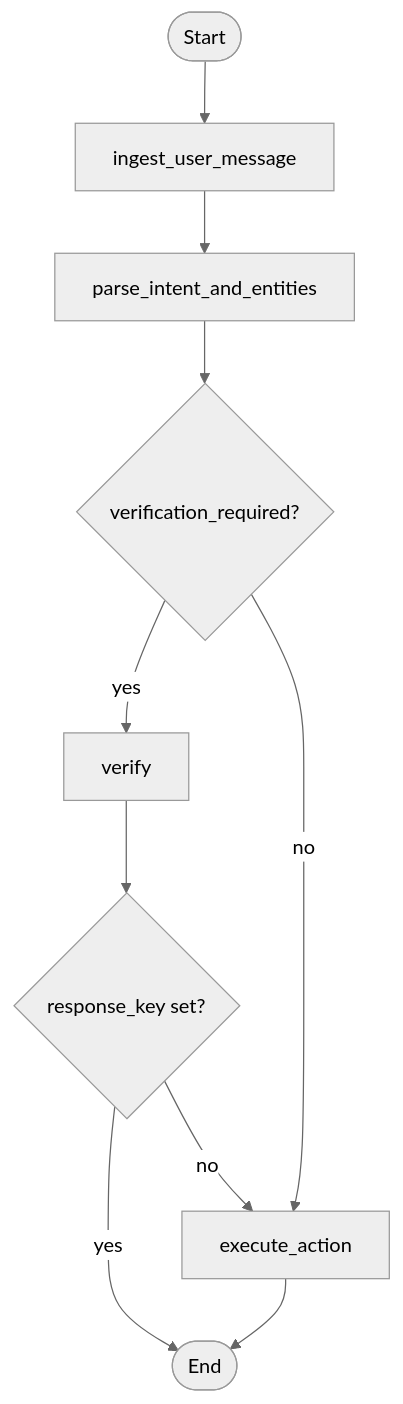
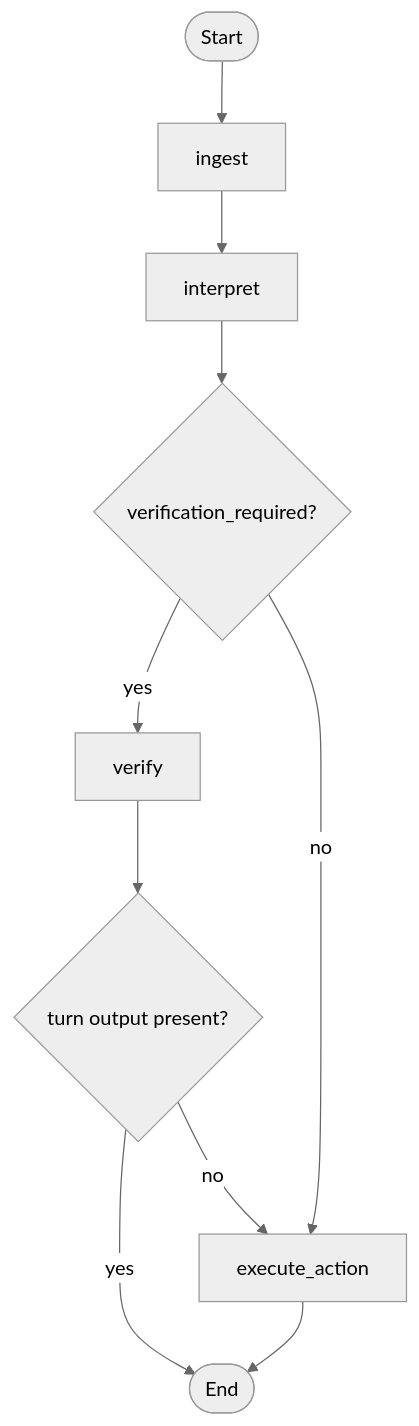
Before and after one commit to ktakanopy/appointment-bot: the diagram in docs/graph.md, drawn with Mermaid (neutral theme). The commit also changed other lines of this file and 25 other files, not shown here.

````diff
--- a/docs/graph.md
+++ b/docs/graph.md
@@ -3,12 +3,12 @@
 ```mermaid
 flowchart TD
-    start([Start]) --> ingest[ingest_user_message]
-    ingest --> interpret[parse_intent_and_entities]
+    start([Start]) --> ingest[ingest]
+    ingest --> interpret[interpret]
     interpret --> need_verify{verification_required?}
     need_verify -->|yes| verify[verify]
     need_verify -->|no| execute[execute_action]
-    verify --> readyForAction{response_key set?}
+    verify --> readyForAction{turn output present?}
     readyForAction -->|yes| finish([End])
     readyForAction -->|no| execute
     execute --> finish
 ```
````
